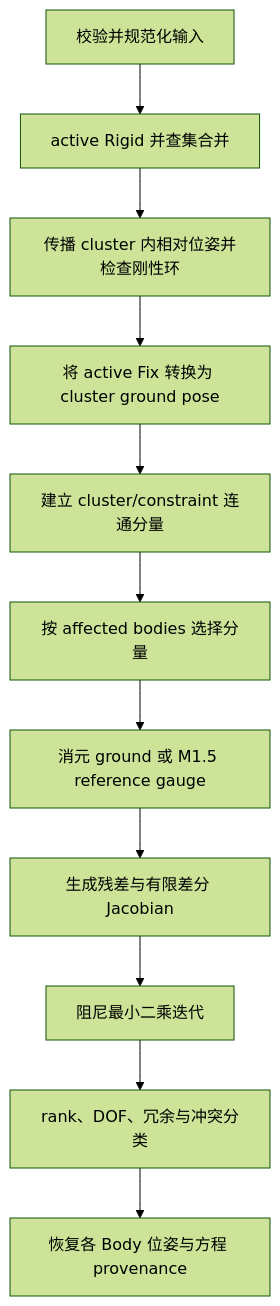
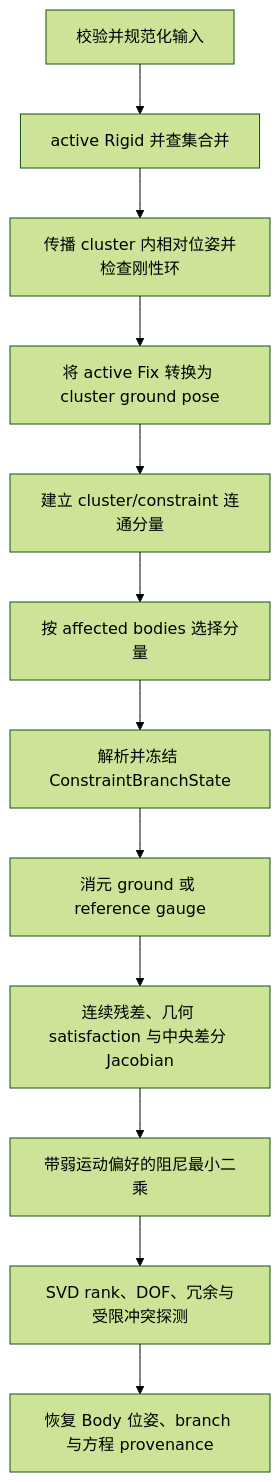
Before and after one commit to cossoledad/occccad: the diagram in kernel/assembly/SOLVER_ALGORITHMS.md, drawn with Mermaid (forest theme). The commit also changed other lines of this file and 24 other files, not shown here.

````diff
--- a/kernel/assembly/SOLVER_ALGORITHMS.md
+++ b/kernel/assembly/SOLVER_ALGORITHMS.md
@@ -45,13 +47,14 @@
 ```mermaid
 flowchart TD
     A[校验并规范化输入] --> B[active Rigid 并查集合并]
     B --> C[传播 cluster 内相对位姿并检查刚性环]
     C --> D[将 active Fix 转换为 cluster ground pose]
     D --> E[建立 cluster/constraint 连通分量]
     E --> F[按 affected bodies 选择分量]
-    F --> G[消元 ground 或 M1.5 reference gauge]
-    G --> H[生成残差与有限差分 Jacobian]
-    H --> I[阻尼最小二乘迭代]
-    I --> J[rank、DOF、冗余与冲突分类]
-    J --> K[恢复各 Body 位姿与方程 provenance]
+    F --> G[解析并冻结 ConstraintBranchState]
+    G --> H[消元 ground 或 reference gauge]
+    H --> I[连续残差、几何 satisfaction 与中央差分 Jacobian]
+    I --> J[带弱运动偏好的阻尼最小二乘]
+    J --> K[SVD rank、DOF、冗余与受限冲突探测]
+    K --> L[恢复 Body 位姿、branch 与方程 provenance]
 ```
````
